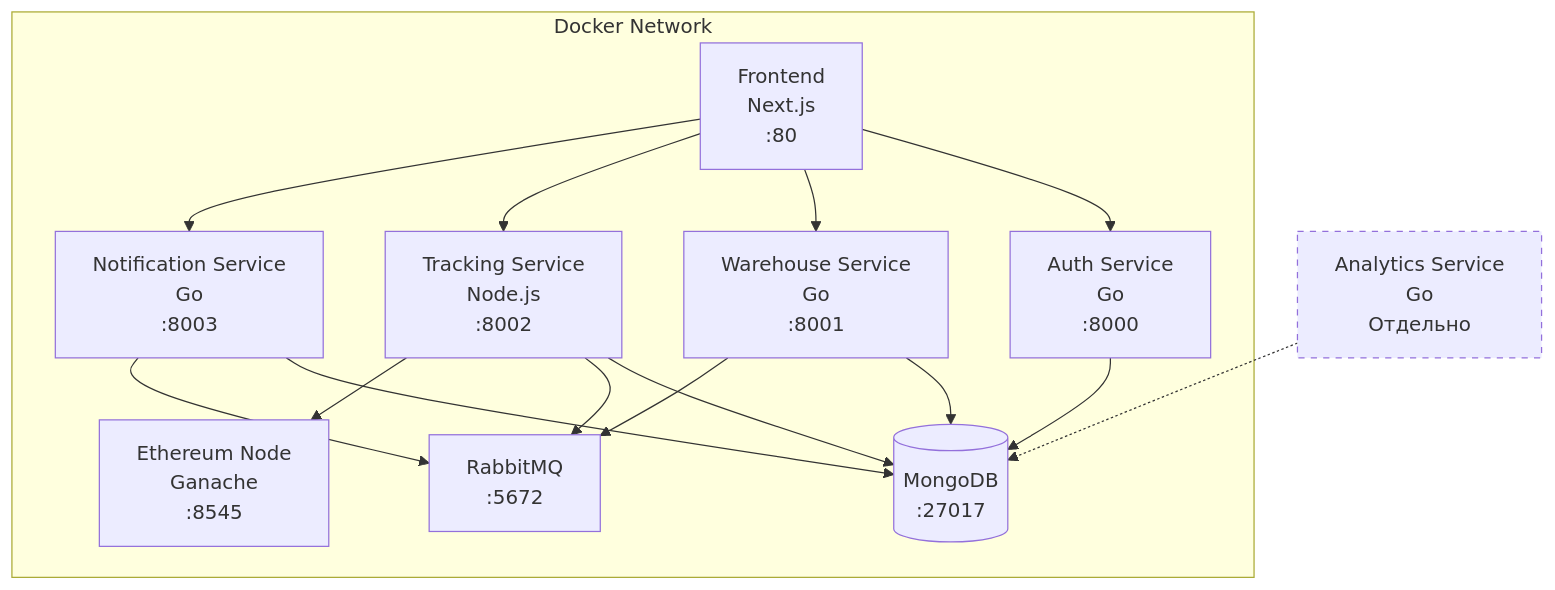
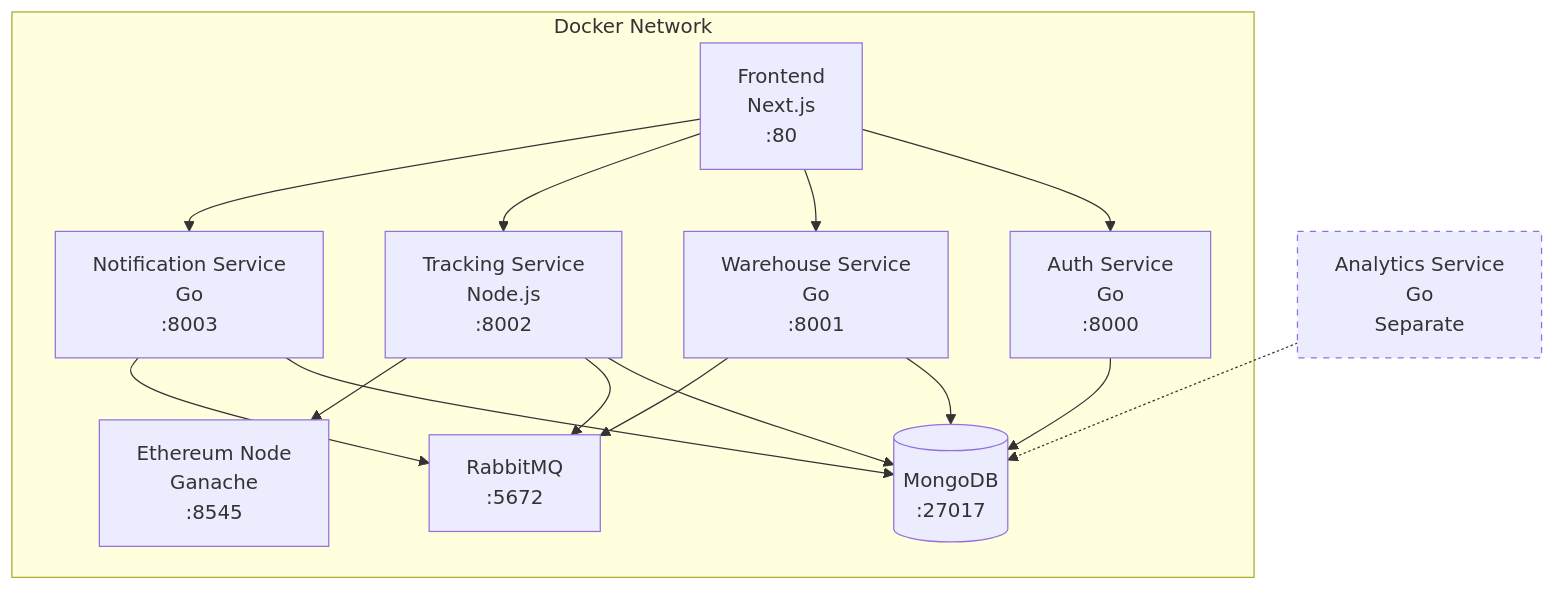
The diagram in architecture-documentation.md (blkluv/web3wms), drawn with Mermaid before and after one commit. The commit also changed other lines of this file and 18 other files, not shown here.

````diff
--- a/architecture-documentation.md
+++ b/architecture-documentation.md
@@ -24,33 +24,33 @@
 ```mermaid
 graph TB
     Frontend[Frontend<br/>Next.js<br/>:80] --> AuthAPI[Auth Service<br/>Go<br/>:8000]
     Frontend --> WarehouseAPI[Warehouse Service<br/>Go<br/>:8001]
     Frontend --> TrackingAPI[Tracking Service<br/>Node.js<br/>:8002]
     Frontend --> NotificationAPI[Notification Service<br/>Go<br/>:8003]
 
     AuthAPI --> MongoDB[(MongoDB<br/>:27017)]
     WarehouseAPI --> MongoDB
     TrackingAPI --> MongoDB
     NotificationAPI --> MongoDB
 
     WarehouseAPI --> RabbitMQ[RabbitMQ<br/>:5672]
     TrackingAPI --> RabbitMQ
     NotificationAPI --> RabbitMQ
 
     TrackingAPI --> Ethereum[Ethereum Node<br/>Ganache<br/>:8545]
 
-    Analytics[Analytics Service<br/>Go<br/>Отдельно] -.-> MongoDB
+    Analytics[Analytics Service<br/>Go<br/>Separate] -.-> MongoDB
 
     subgraph Docker Network
         AuthAPI
         WarehouseAPI
         TrackingAPI
         NotificationAPI
         MongoDB
         RabbitMQ
         Ethereum
         Frontend
     end
 
     style Analytics stroke-dasharray: 5 5
 ```
````
